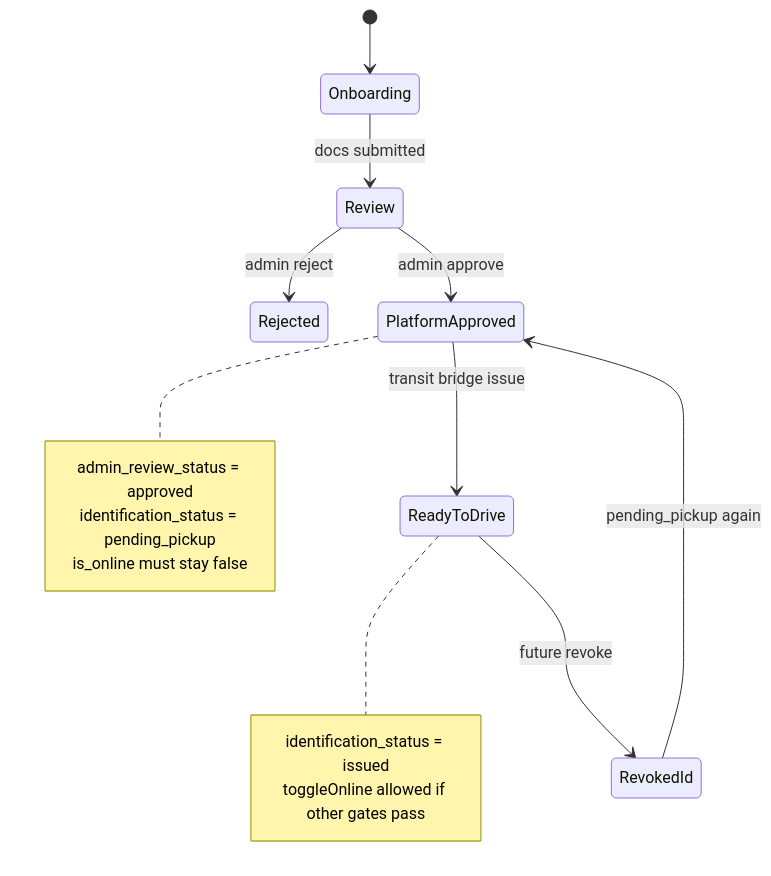
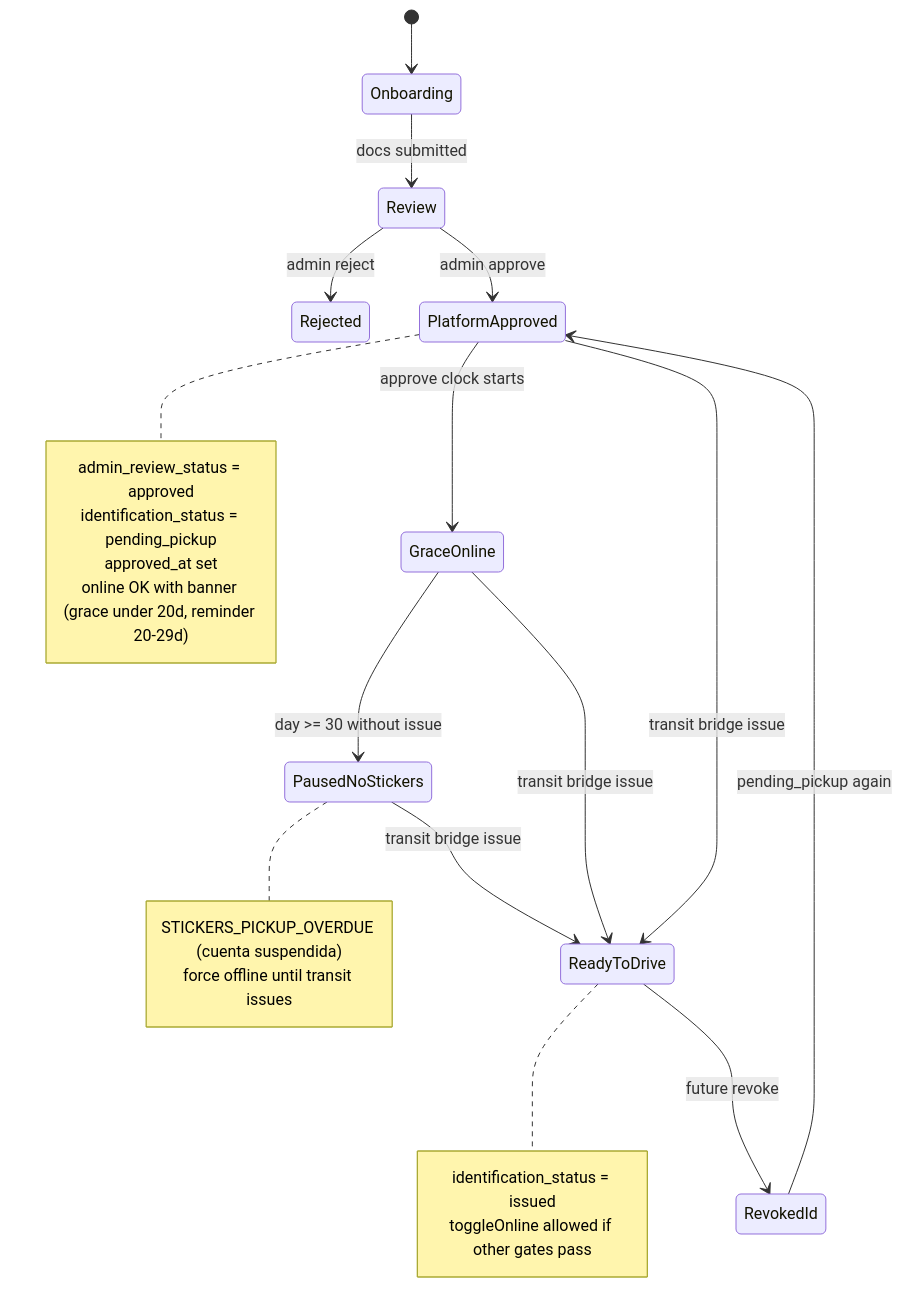
Before and after one commit to Estudio-Nomade/software-lifty: the second of 2 diagrams in specs/spec-admin-panel-stickers-gate/architecture.md, drawn with Mermaid. The commit also changed other lines of this file and 21 other files, not shown here.

````diff
--- a/specs/spec-admin-panel-stickers-gate/architecture.md
+++ b/specs/spec-admin-panel-stickers-gate/architecture.md
@@ -32,19 +32,28 @@
 ```mermaid
 stateDiagram-v2
   [*] --> Onboarding
   Onboarding --> Review: docs submitted
   Review --> Rejected: admin reject
   Review --> PlatformApproved: admin approve
   note right of PlatformApproved
     admin_review_status = approved
     identification_status = pending_pickup
-    is_online must stay false
+    approved_at set
+    online OK with banner (grace under 20d, reminder 20-29d)
+  end note
+  PlatformApproved --> GraceOnline: approve clock starts
+  GraceOnline --> PausedNoStickers: day >= 30 without issue
+  note right of PausedNoStickers
+    STICKERS_PICKUP_OVERDUE (cuenta suspendida)
+    force offline until transit issues
   end note
   PlatformApproved --> ReadyToDrive: transit bridge issue
+  GraceOnline --> ReadyToDrive: transit bridge issue
+  PausedNoStickers --> ReadyToDrive: transit bridge issue
   note right of ReadyToDrive
     identification_status = issued
     toggleOnline allowed if other gates pass
   end note
   ReadyToDrive --> RevokedId: future revoke
   RevokedId --> PlatformApproved: pending_pickup again
 ```
````
